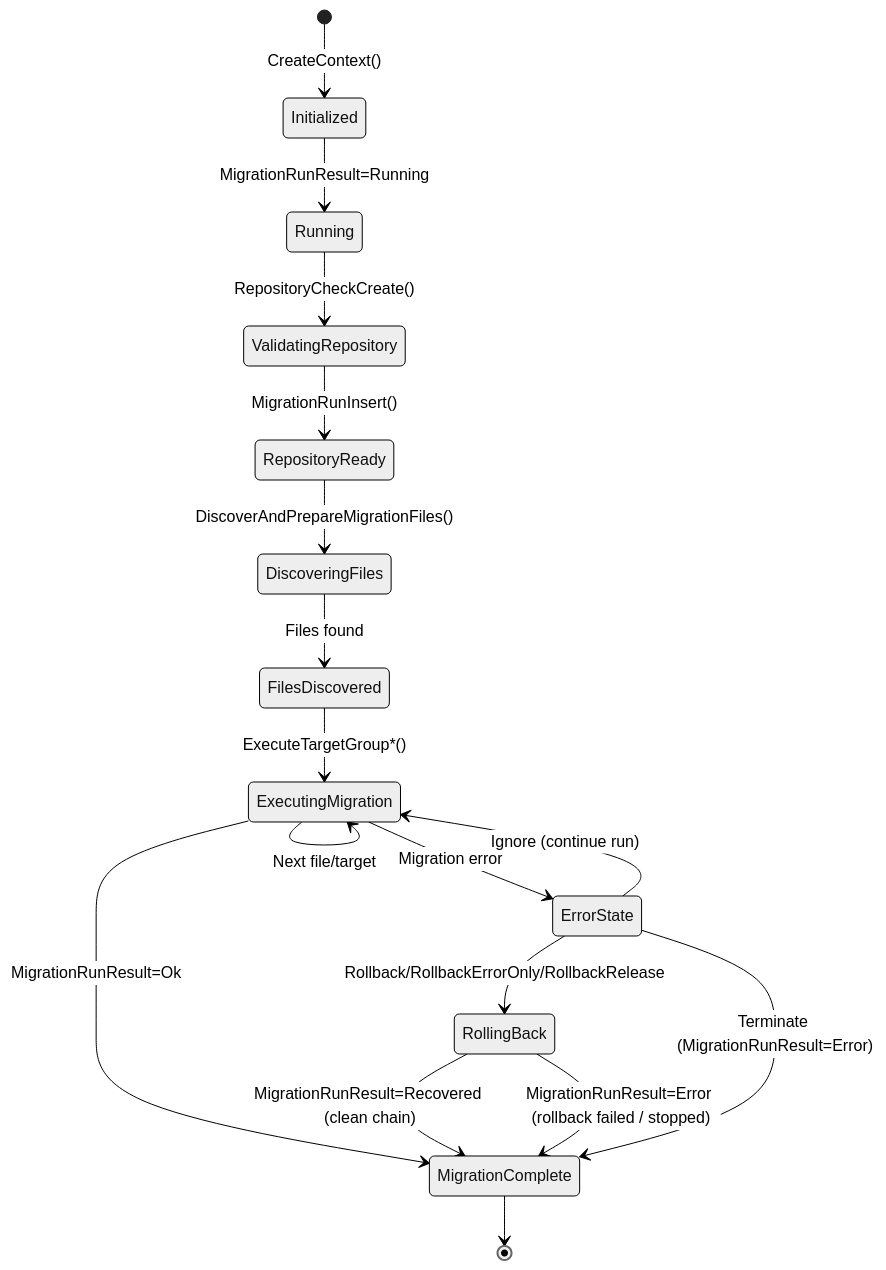
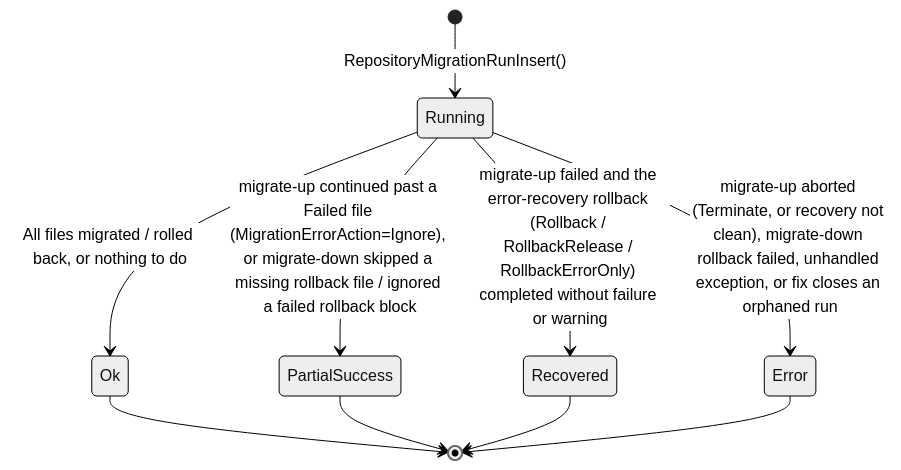
Before and after one commit to RAYCOON/RayMigrator: the ninth of 9 diagrams in Docs/01-architecture/data-flow.md, drawn with Mermaid (neutral theme). The commit also changed other lines of this file and 29 other files, not shown here.

````diff
--- a/Docs/01-architecture/data-flow.md
+++ b/Docs/01-architecture/data-flow.md
@@ -283,25 +308,14 @@
 ```mermaid
 stateDiagram-v2
-    [*] --> Initialized: CreateContext()
+    [*] --> Running: RepositoryMigrationRunInsert()
 
-    Initialized --> Running: MigrationRunResult=Running
-    Running --> ValidatingRepository: RepositoryCheckCreate()
-    ValidatingRepository --> RepositoryReady: MigrationRunInsert()
+    Running --> Ok: All files migrated / rolled back, or nothing to do
+    Running --> PartialSuccess: migrate-up continued past a Failed file (MigrationErrorAction=Ignore), or migrate-down skipped a missing rollback file / ignored a failed rollback block
+    Running --> Recovered: migrate-up failed and the error-recovery rollback (Rollback / RollbackRelease / RollbackErrorOnly) completed without failure or warning
+    Running --> Error: migrate-up aborted (Terminate, or recovery not clean), migrate-down rollback failed, unhandled exception, or fix closes an orphaned run
 
-    RepositoryReady --> DiscoveringFiles: DiscoverAndPrepareMigrationFiles()
-    DiscoveringFiles --> FilesDiscovered: Files found
-
-    FilesDiscovered --> ExecutingMigration: ExecuteTargetGroup*()
-    ExecutingMigration --> ExecutingMigration: Next file/target
-    ExecutingMigration --> MigrationComplete: MigrationRunResult=Ok
-
-    ExecutingMigration --> ErrorState: Migration error
-    ErrorState --> RollingBack: Rollback/RollbackErrorOnly/RollbackRelease
-    RollingBack --> MigrationComplete: MigrationRunResult=Recovered (clean chain)
-    RollingBack --> MigrationComplete: MigrationRunResult=Error (rollback failed / stopped)
-
-    ErrorState --> MigrationComplete: Terminate (MigrationRunResult=Error)
-    ErrorState --> ExecutingMigration: Ignore (continue run)
-
-    MigrationComplete --> [*]
+    Ok --> [*]
+    PartialSuccess --> [*]
+    Recovered --> [*]
+    Error --> [*]
 ```
````
